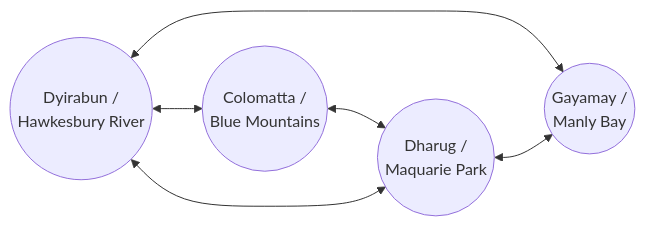
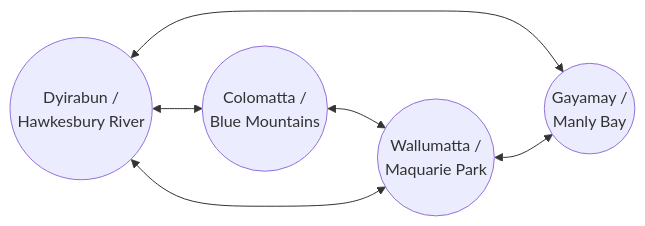
Before and after one commit to aaron-beverley-mq/first-nations-text-adventure: the diagram in README.md, drawn with Mermaid.

Commit message:
fix location name

`````diff
--- a/README.md
+++ b/README.md
@@ -20,12 +20,12 @@
 ```mermaid
  flowchart LR
   id1((Dyirabun /<br> Hawkesbury River))
   id2((Colomatta / <br> Blue Mountains))
   id3((Gayamay /<br> Manly Bay))
-  id4((Dharug /<br> Maquarie Park))
+  id4((Wallumatta /<br> Maquarie Park))
   id1 <--> id2
   id1 <--> id3
   id2 <--> id4
   id1 <--> id4
   id4 <--> id3
 ````
`````
